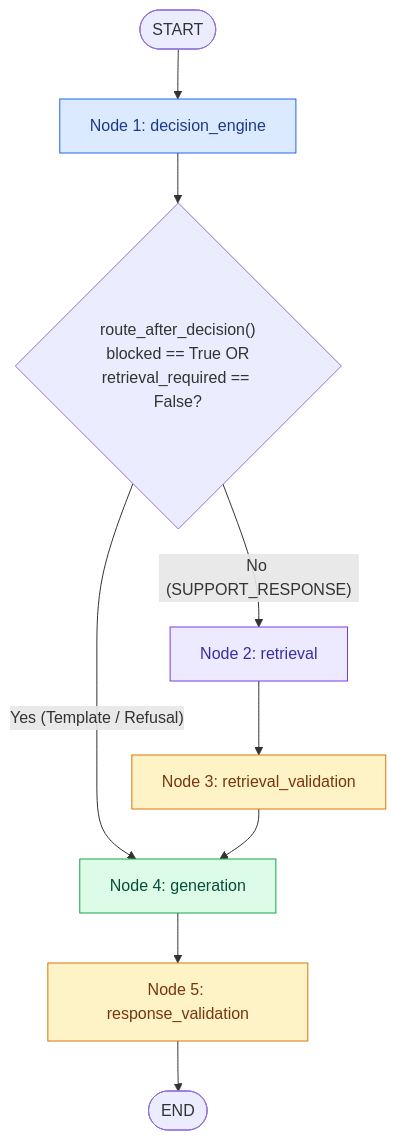
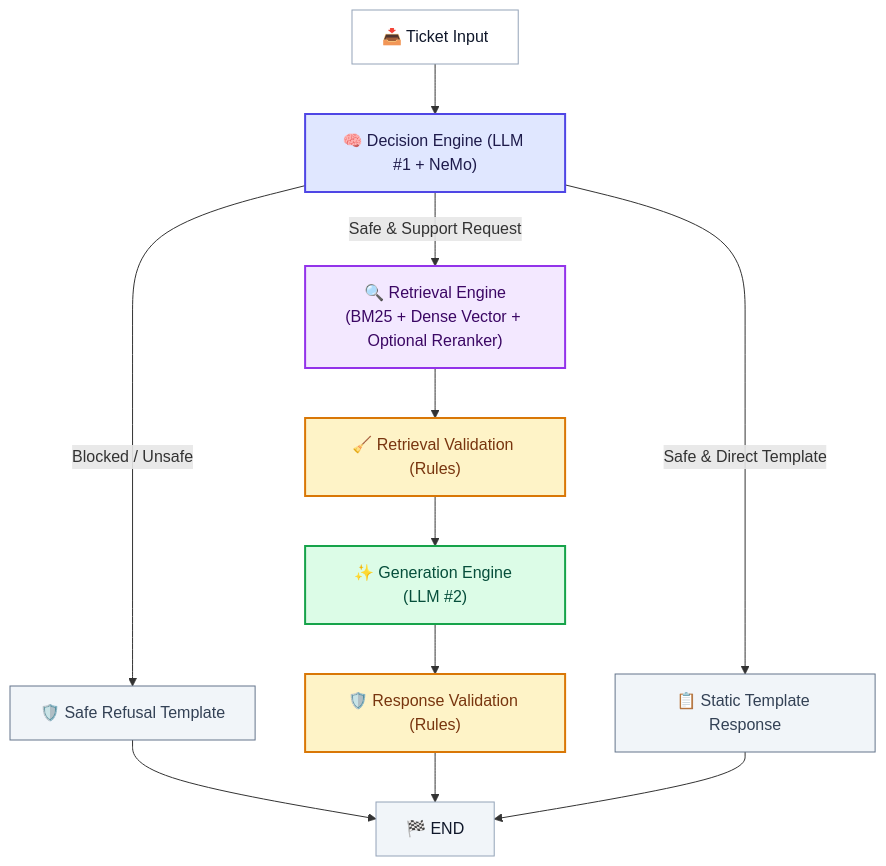
Before and after one commit to ChandraCherupally/SupportSphere-AI: the second of 3 diagrams in docs/ARCHITECTURE.md, drawn with Mermaid. The commit also changed other lines of this file and 1 other file, not shown here.

Commit message:
Readme updated

````diff
--- a/docs/ARCHITECTURE.md
+++ b/docs/ARCHITECTURE.md
@@ -179,20 +179,26 @@
 ```mermaid
 flowchart TD
-    Start([START]) --> N1["Node 1: decision_engine"]
+    Input["📥 Ticket Input"] --> Decision["🧠 Decision Engine (LLM #1 + NeMo)"]
     
-    N1 --> Condition{"route_after_decision()\nblocked == True OR\nretrieval_required == False?"}
-    
-    Condition -->|"Yes (Template / Refusal)"| N4["Node 4: generation"]
-    Condition -->|"No (SUPPORT_RESPONSE)"| N2["Node 2: retrieval"]
-    
-    N2 --> N3["Node 3: retrieval_validation"]
-    N3 --> N4
-    N4 --> N5["Node 5: response_validation"]
-    N5 --> End([END])
+    Decision -->|"Blocked / Unsafe"| Refusal["🛡️ Safe Refusal Template"]
+    Decision -->|"Safe & Support Request"| Retrieval["🔍 Retrieval Engine\n(BM25 + Dense Vector + Optional Reranker)"]
+    Decision -->|"Safe & Direct Template"| Template["📋 Static Template Response"]
 
-    style N1 fill:#dbeafe,stroke:#2563eb,color:#1e3a8a
-    style N2 fill:#ede9fe,stroke:#7c3aed,color:#3730a3
-    style N3 fill:#fef3c7,stroke:#d97706,color:#78350f
-    style N4 fill:#dcfce7,stroke:#16a34a,color:#064e3b
-    style N5 fill:#fef3c7,stroke:#d97706,color:#78350f
+    Retrieval --> RetVal["🧹 Retrieval Validation (Rules)"]
+    RetVal --> Gen["✨ Generation Engine (LLM #2)"]
+    Gen --> RespVal["🛡️ Response Validation (Rules)"]
+
+    Refusal --> End["🏁 END"]
+    RespVal --> End
+    Template --> End
+
+    style Decision fill:#e0e7ff,stroke:#4f46e5,stroke-width:2px,color:#1e1b4b
+    style Retrieval fill:#f3e8ff,stroke:#9333ea,stroke-width:2px,color:#3b0764
+    style RetVal fill:#fef3c7,stroke:#d97706,stroke-width:2px,color:#78350f
+    style Gen fill:#dcfce7,stroke:#16a34a,stroke-width:2px,color:#064e3b
+    style RespVal fill:#fef3c7,stroke:#d97706,stroke-width:2px,color:#78350f
+    style Refusal fill:#f1f5f9,stroke:#64748b,stroke-width:1px,color:#334155
+    style Template fill:#f1f5f9,stroke:#64748b,stroke-width:1px,color:#334155
+    style Input fill:#ffffff,stroke:#94a3b8,stroke-width:1px,color:#0f172a
+    style End fill:#f1f5f9,stroke:#94a3b8,stroke-width:1px,color:#0f172a
 ```
````
